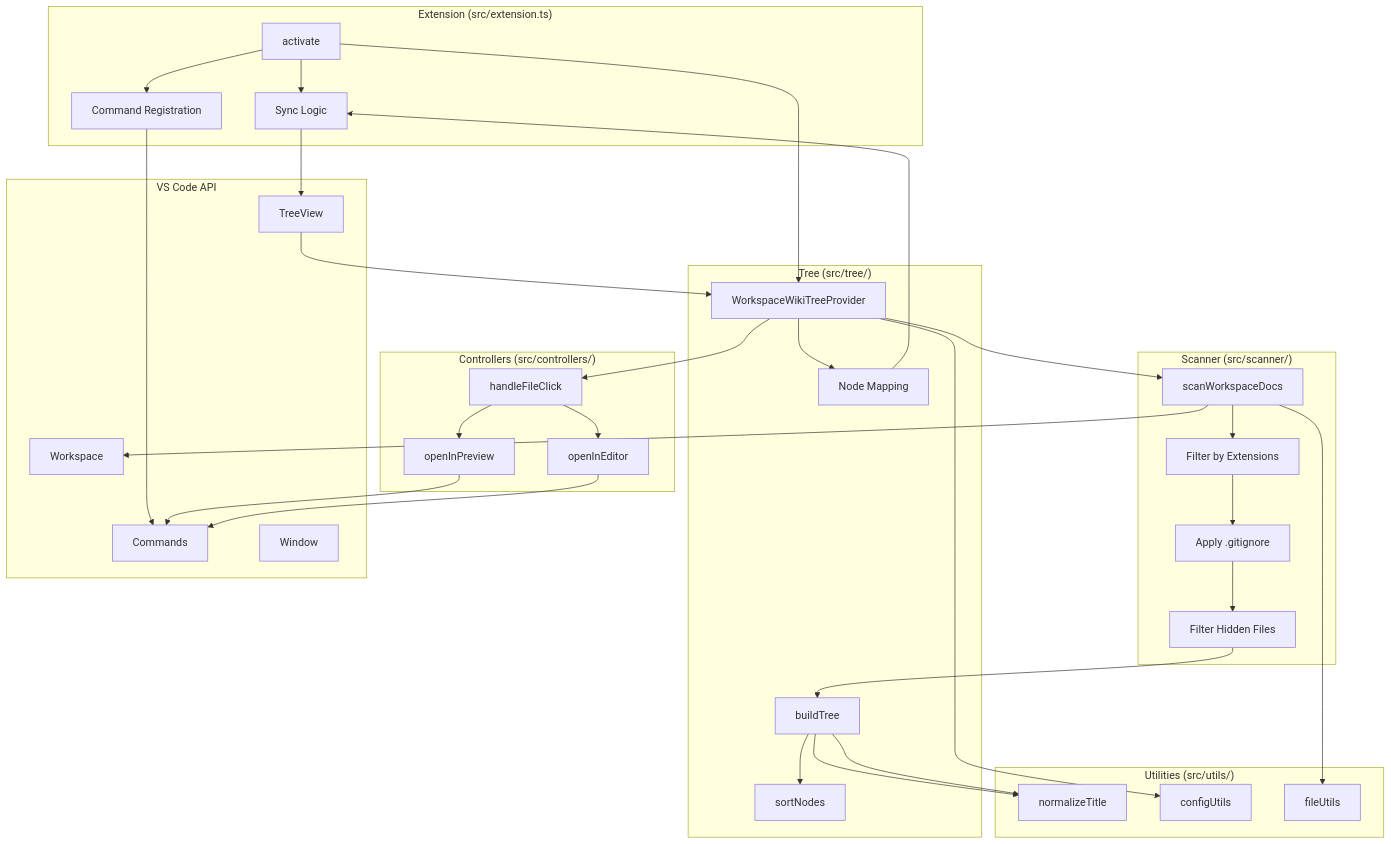
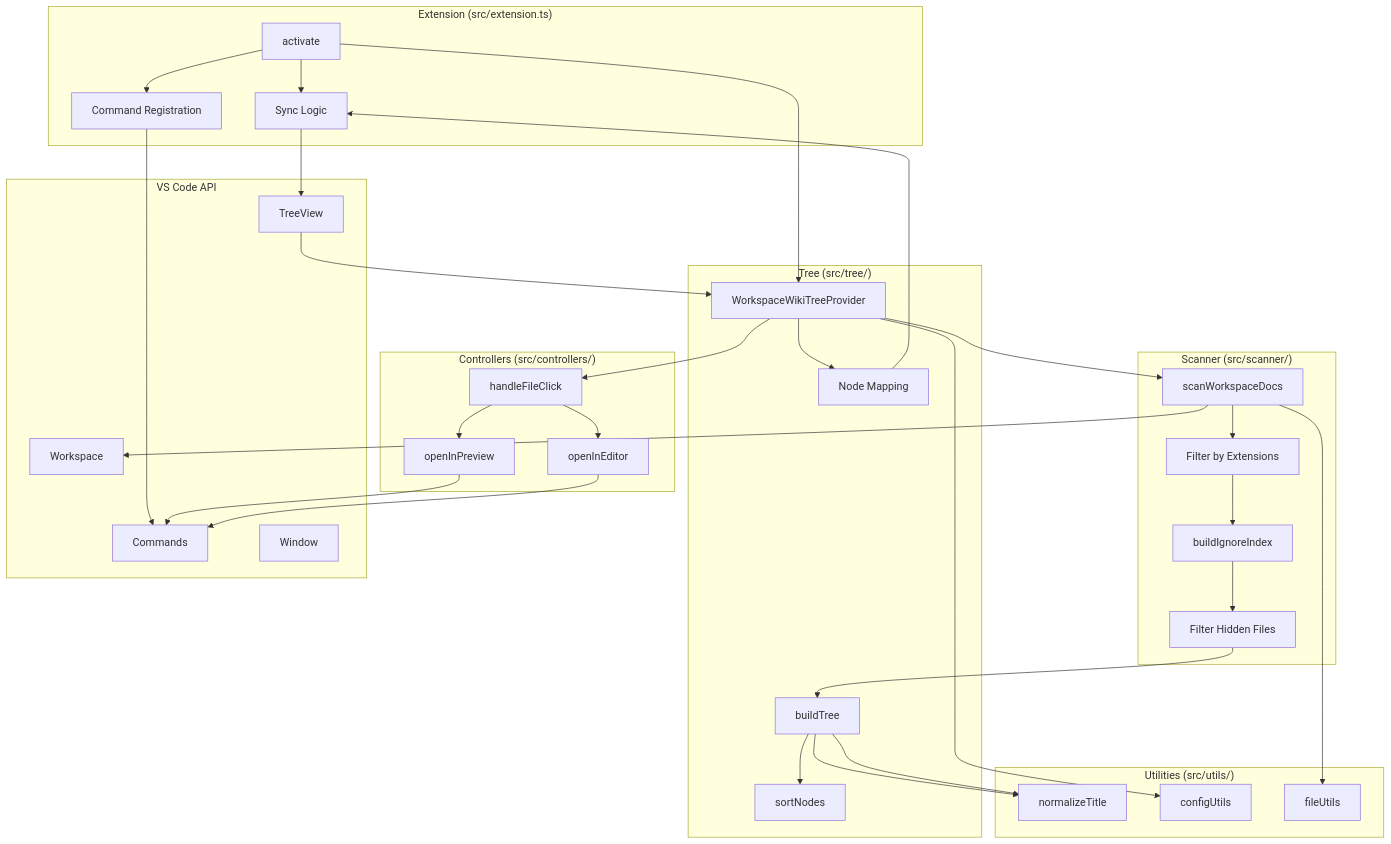
The first of 2 diagrams in docs/architecture/index.md (AlexJSully/workspace-wiki), drawn with Mermaid before and after one commit. The commit also changed other lines of this file and 52 other files, not shown here.

````diff
--- a/docs/architecture/index.md
+++ b/docs/architecture/index.md
@@ -53,72 +67,72 @@
 ```mermaid
 flowchart TB
     accTitle: Workspace Wiki Extension Architecture
     accDescr: Shows the relationships between the main modules - Extension activation, Scanner, Tree Provider, Controllers, Utilities, and the VS Code API they all interact with.
     subgraph Extension["Extension (src/extension.ts)"]
         A[activate]
         B[Command Registration]
         C[Sync Logic]
     end
 
     subgraph Scanner["Scanner (src/scanner/)"]
         D[scanWorkspaceDocs]
         E[Filter by Extensions]
-        F[Apply .gitignore]
+        F[buildIgnoreIndex]
         G[Filter Hidden Files]
     end
 
     subgraph Tree["Tree (src/tree/)"]
         H[WorkspaceWikiTreeProvider]
         I[buildTree]
         J[sortNodes]
         K[Node Mapping]
     end
 
     subgraph Controllers["Controllers (src/controllers/)"]
         L[handleFileClick]
         M[openInPreview]
         N[openInEditor]
     end
 
     subgraph Utils["Utilities (src/utils/)"]
         O[normalizeTitle]
         P[configUtils]
         Q[fileUtils]
     end
 
     subgraph VSCode["VS Code API"]
         R[TreeView]
         S[Commands]
         T[Workspace]
         U[Window]
     end
 
     A --> B
     A --> C
     A --> H
     B --> S
     C --> R
 
     H --> D
     D --> E
     E --> F
     F --> G
     G --> I
     I --> J
     I --> O
 
     H --> K
     K --> C
 
     R --> H
     H --> L
     L --> M
     L --> N
     M --> S
     N --> S
 
     D --> T
     H --> P
     I --> O
     D --> Q
 ```
````
